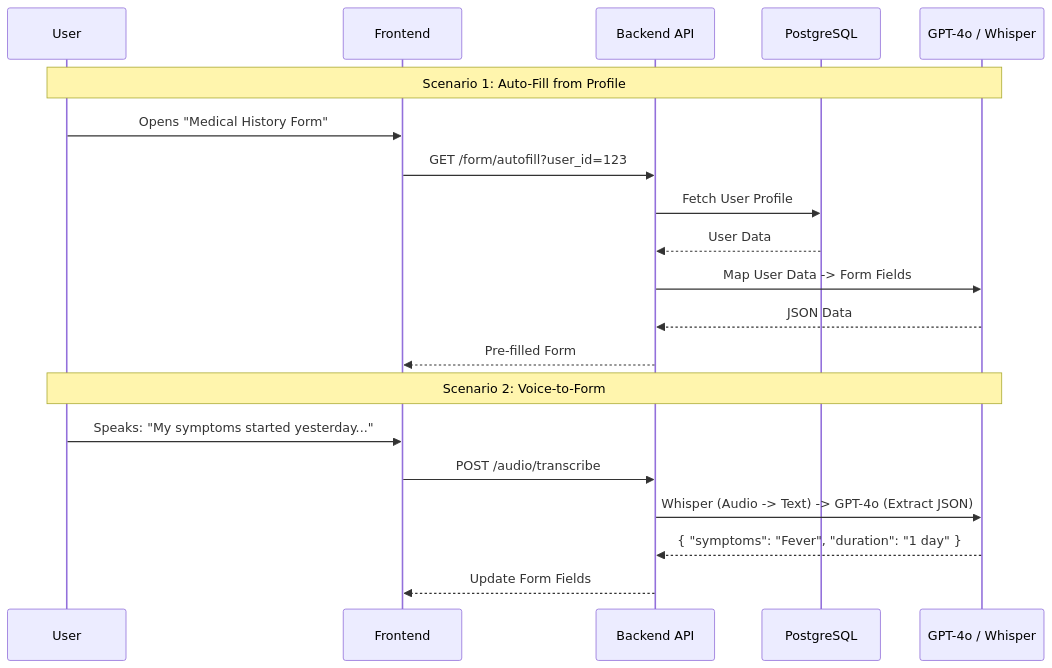
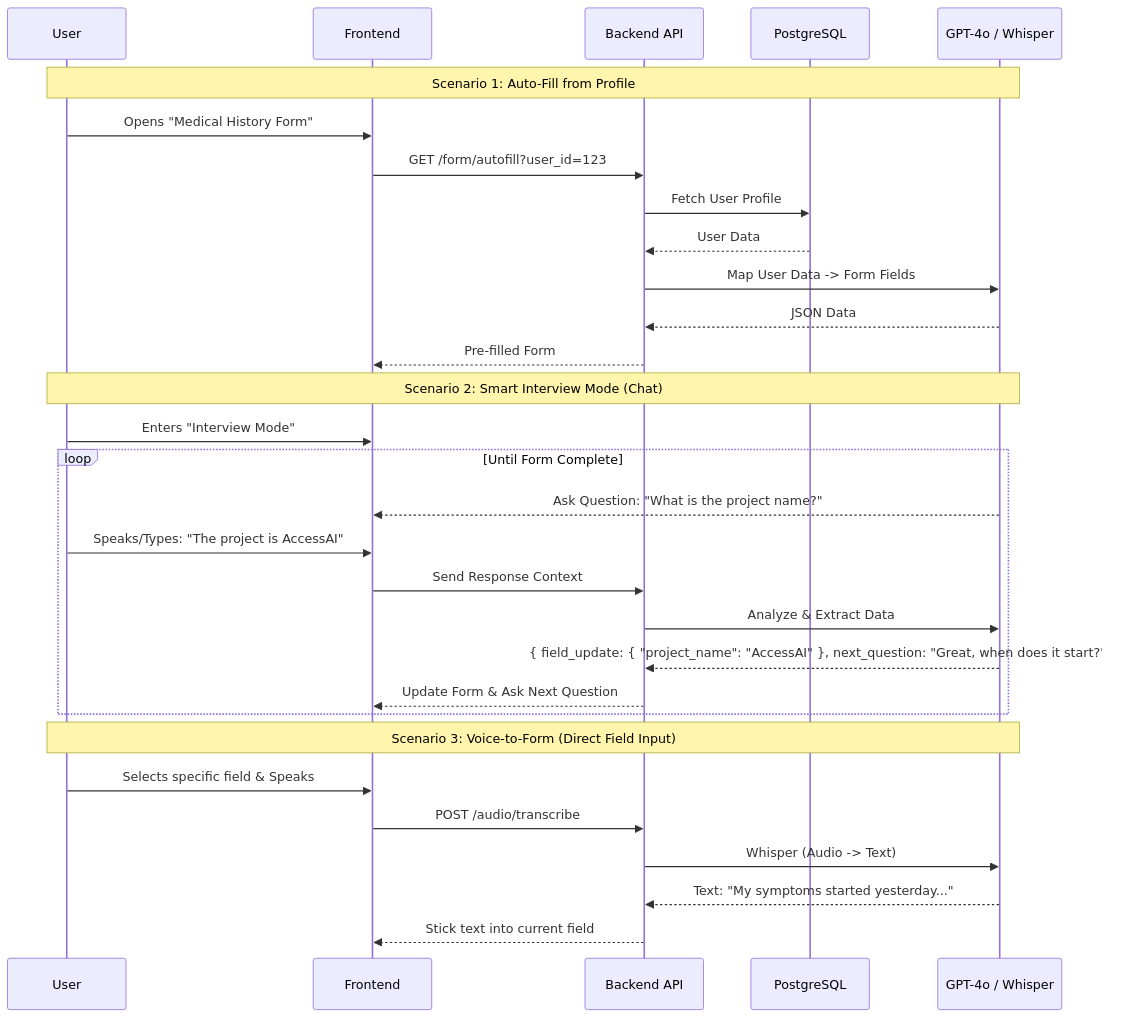
The fifth of 6 diagrams in ARCHITECTURE.md (gkkv1/AccessAi), drawn with Mermaid before and after one commit. The commit also changed 5 other files, not shown here.

````diff
--- a/ARCHITECTURE.md
+++ b/ARCHITECTURE.md
@@ -143,24 +143,35 @@
 ```mermaid
 sequenceDiagram
     participant U as User
     participant UI as Frontend
     participant API as Backend API
     participant DB as PostgreSQL
     participant AI as GPT-4o / Whisper
 
     note over U, AI: Scenario 1: Auto-Fill from Profile
     U->>UI: Opens "Medical History Form"
     UI->>API: GET /form/autofill?user_id=123
     API->>DB: Fetch User Profile
     DB-->>API: User Data
     API->>AI: Map User Data -> Form Fields
     AI-->>API: JSON Data
     API-->>UI: Pre-filled Form
 
-    note over U, AI: Scenario 2: Voice-to-Form
-    U->>UI: Speaks: "My symptoms started yesterday..."
+    note over U, AI: Scenario 2: Smart Interview Mode (Chat)
+    U->>UI: Enters "Interview Mode"
+    loop Until Form Complete
+        AI-->>UI: Ask Question: "What is the project name?"
+        U->>UI: Speaks/Types: "The project is AccessAI"
+        UI->>API: Send Response Context
+        API->>AI: Analyze & Extract Data
+        AI-->>API: { field_update: { "project_name": "AccessAI" }, next_question: "Great, when does it start?" }
+        API-->>UI: Update Form & Ask Next Question
+    end
+
+    note over U, AI: Scenario 3: Voice-to-Form (Direct Field Input)
+    U->>UI: Selects specific field & Speaks
     UI->>API: POST /audio/transcribe
-    API->>AI: Whisper (Audio -> Text) -> GPT-4o (Extract JSON)
-    AI-->>API: { "symptoms": "Fever", "duration": "1 day" }
-    API-->>UI: Update Form Fields
+    API->>AI: Whisper (Audio -> Text)
+    AI-->>API: Text: "My symptoms started yesterday..."
+    API-->>UI: Stick text into current field
 ```
````
